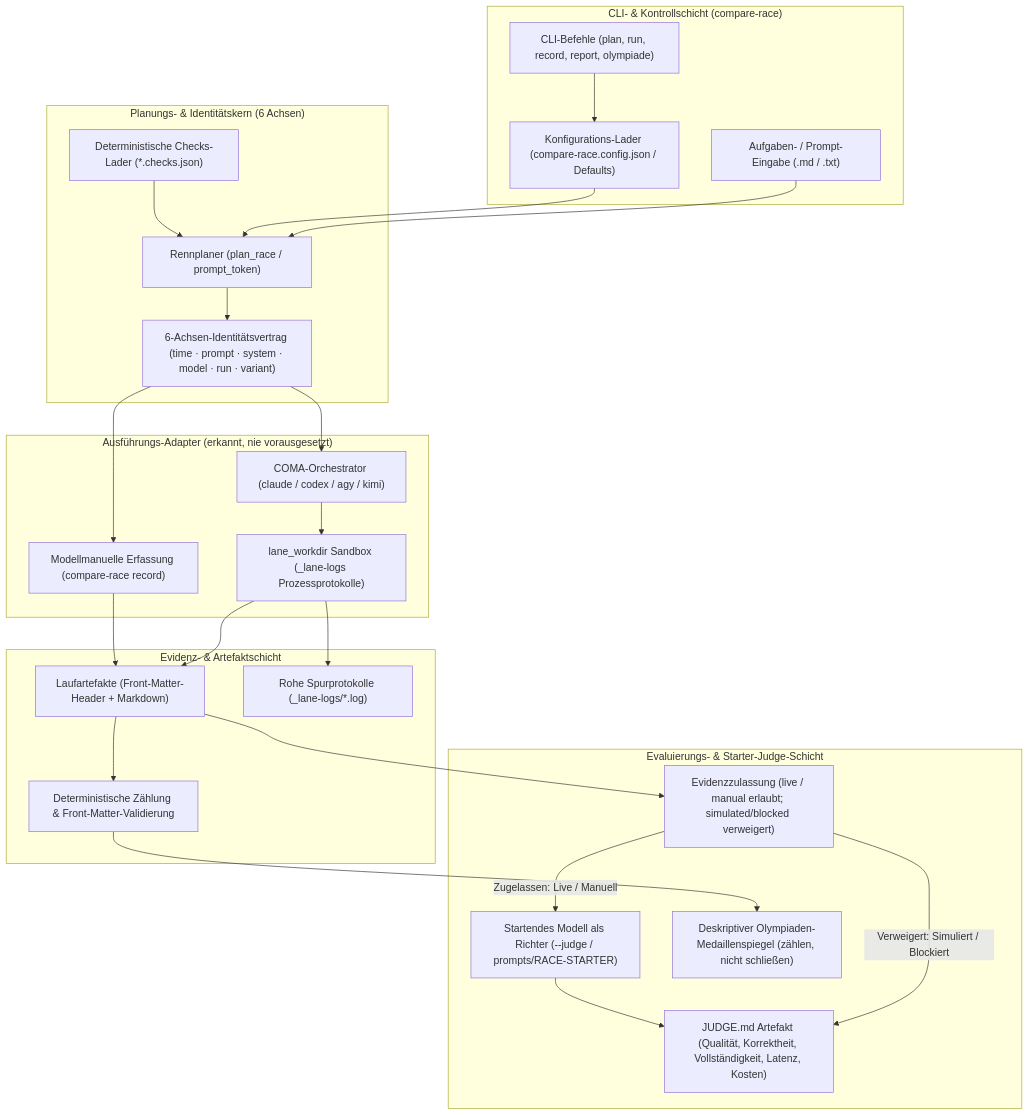
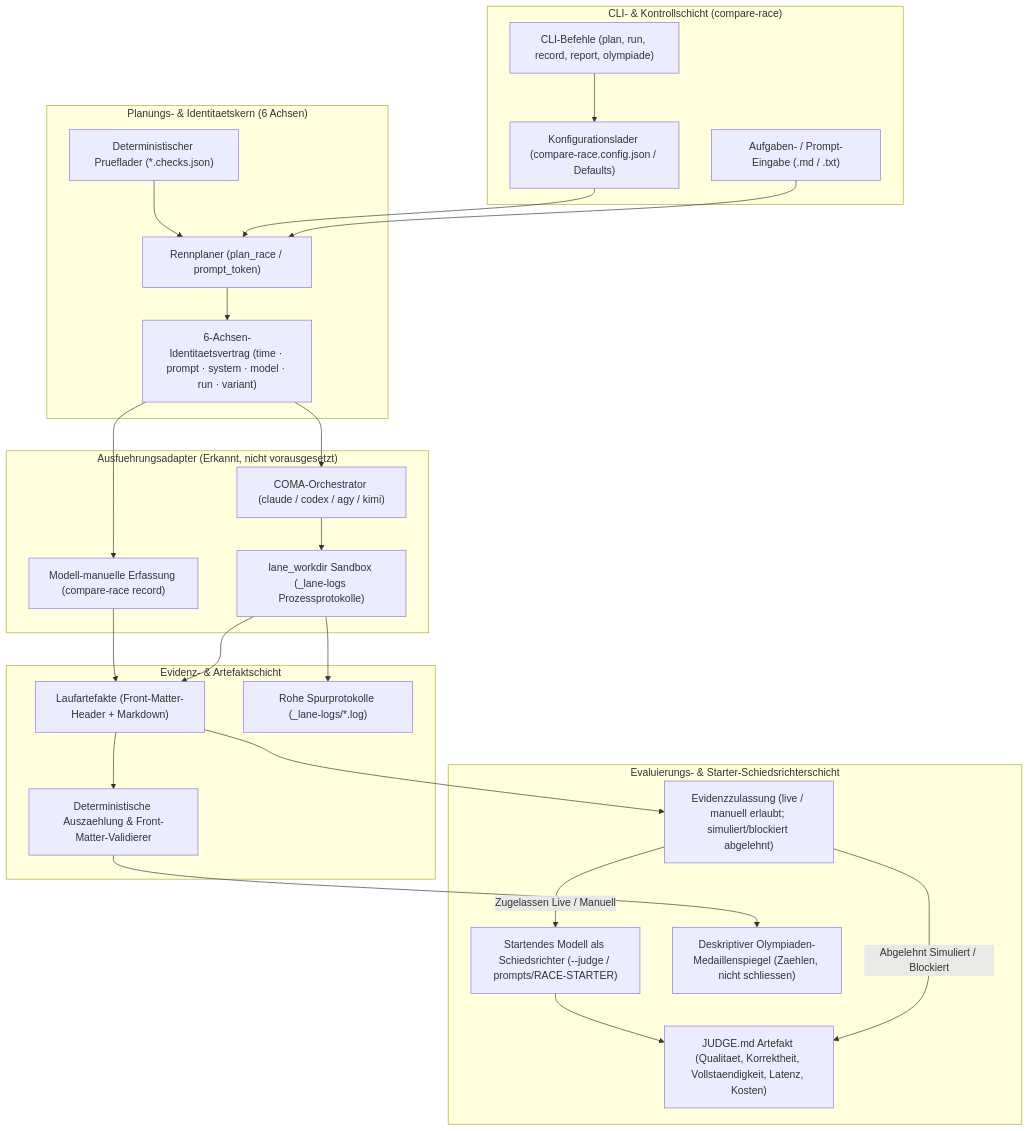
The first of 2 diagrams in README_de.md (ellmos-ai/compare-race), drawn with Mermaid before and after one commit. The commit also changed other lines of this file and 9 other files, not shown here.

````diff
--- a/README_de.md
+++ b/README_de.md
@@ -72,53 +77,53 @@
 ```mermaid
 flowchart TD
     subgraph CLI ["CLI- & Kontrollschicht (compare-race)"]
         CMD["CLI-Befehle (plan, run, record, report, olympiade)"]
-        CFG["Konfigurations-Lader (compare-race.config.json / Defaults)"]
+        CFG["Konfigurationslader (compare-race.config.json / Defaults)"]
         PROMPT["Aufgaben- / Prompt-Eingabe (.md / .txt)"]
     end
 
-    subgraph Core ["Planungs- & Identitätskern (6 Achsen)"]
+    subgraph Core ["Planungs- & Identitaetskern (6 Achsen)"]
         PLANNER["Rennplaner (plan_race / prompt_token)"]
-        IDENTITY["6-Achsen-Identitätsvertrag (time · prompt · system · model · run · variant)"]
-        CHECKS["Deterministische Checks-Lader (*.checks.json)"]
+        IDENTITY["6-Achsen-Identitaetsvertrag (time · prompt · system · model · run · variant)"]
+        CHECKS["Deterministischer Prueflader (*.checks.json)"]
     end
 
-    subgraph Exec ["Ausführungs-Adapter (erkannt, nie vorausgesetzt)"]
+    subgraph Exec ["Ausfuehrungsadapter (Erkannt, nicht vorausgesetzt)"]
         COMA["COMA-Orchestrator (claude / codex / agy / kimi)"]
-        MANUAL["Modellmanuelle Erfassung (compare-race record)"]
+        MANUAL["Modell-manuelle Erfassung (compare-race record)"]
         ISOL["lane_workdir Sandbox (_lane-logs Prozessprotokolle)"]
     end
 
     subgraph Storage ["Evidenz- & Artefaktschicht"]
         RUNS["Laufartefakte (Front-Matter-Header + Markdown)"]
         LOGS["Rohe Spurprotokolle (_lane-logs/*.log)"]
-        TALLY["Deterministische Zählung & Front-Matter-Validierung"]
+        TALLY["Deterministische Auszaehlung & Front-Matter-Validierer"]
     end
 
-    subgraph JudgeLayer ["Evaluierungs- & Starter-Judge-Schicht"]
-        ADMIT["Evidenzzulassung (live / manual erlaubt; simulated/blocked verweigert)"]
-        JUDGE["Startendes Modell als Richter (--judge / prompts/RACE-STARTER)"]
-        VERDICT["JUDGE.md Artefakt (Qualität, Korrektheit, Vollständigkeit, Latenz, Kosten)"]
-        MEDAL["Deskriptiver Olympiaden-Medaillenspiegel (zählen, nicht schließen)"]
+    subgraph JudgeLayer ["Evaluierungs- & Starter-Schiedsrichterschicht"]
+        ADMIT["Evidenzzulassung (live / manuell erlaubt; simuliert/blockiert abgelehnt)"]
+        JUDGE["Startendes Modell als Schiedsrichter (--judge / prompts/RACE-STARTER)"]
+        VERDICT["JUDGE.md Artefakt (Qualitaet, Korrektheit, Vollstaendigkeit, Latenz, Kosten)"]
+        MEDAL["Deskriptiver Olympiaden-Medaillenspiegel (Zaehlen, nicht schliessen)"]
     end
 
     CMD --> CFG
     PROMPT --> PLANNER
     CFG --> PLANNER
     PLANNER --> IDENTITY
     CHECKS --> PLANNER
 
     IDENTITY --> COMA
     IDENTITY --> MANUAL
     COMA --> ISOL
     ISOL --> RUNS
     ISOL --> LOGS
     MANUAL --> RUNS
 
     RUNS --> TALLY
     RUNS --> ADMIT
-    ADMIT -->|Zugelassen: Live / Manuell| JUDGE
-    ADMIT -->|Verweigert: Simuliert / Blockiert| VERDICT
+    ADMIT -->|Zugelassen Live / Manuell| JUDGE
+    ADMIT -->|Abgelehnt Simuliert / Blockiert| VERDICT
     JUDGE --> VERDICT
     TALLY --> MEDAL
 ```
````
